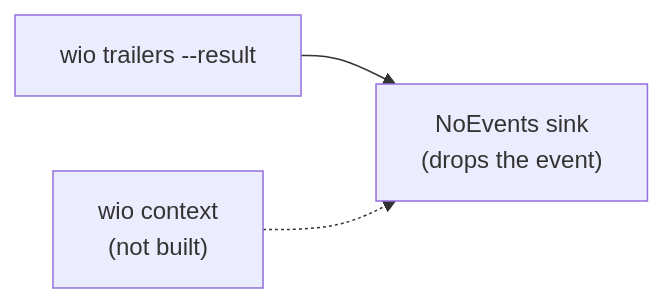
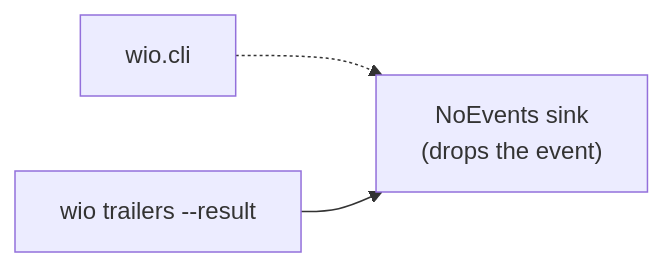
The first of 2 diagrams in .agents/wio/works/wio-log/README.md (msitarz/wio), drawn with Mermaid before and after one commit. The commit also changed other lines of this file, not shown here.

````diff
--- a/.agents/wio/works/wio-log/README.md
+++ b/.agents/wio/works/wio-log/README.md
@@ -156,5 +177,5 @@
 ```mermaid
 flowchart LR
-    T["wio trailers --result"] --> S["NoEvents sink\n(drops the event)"]
-    C["wio context\n(not built)"] -.-> S
+    CLI["wio.cli"] -.-> S["NoEvents sink\n(drops the event)"]
+    T["wio trailers --result"] --> S
 ```
````
